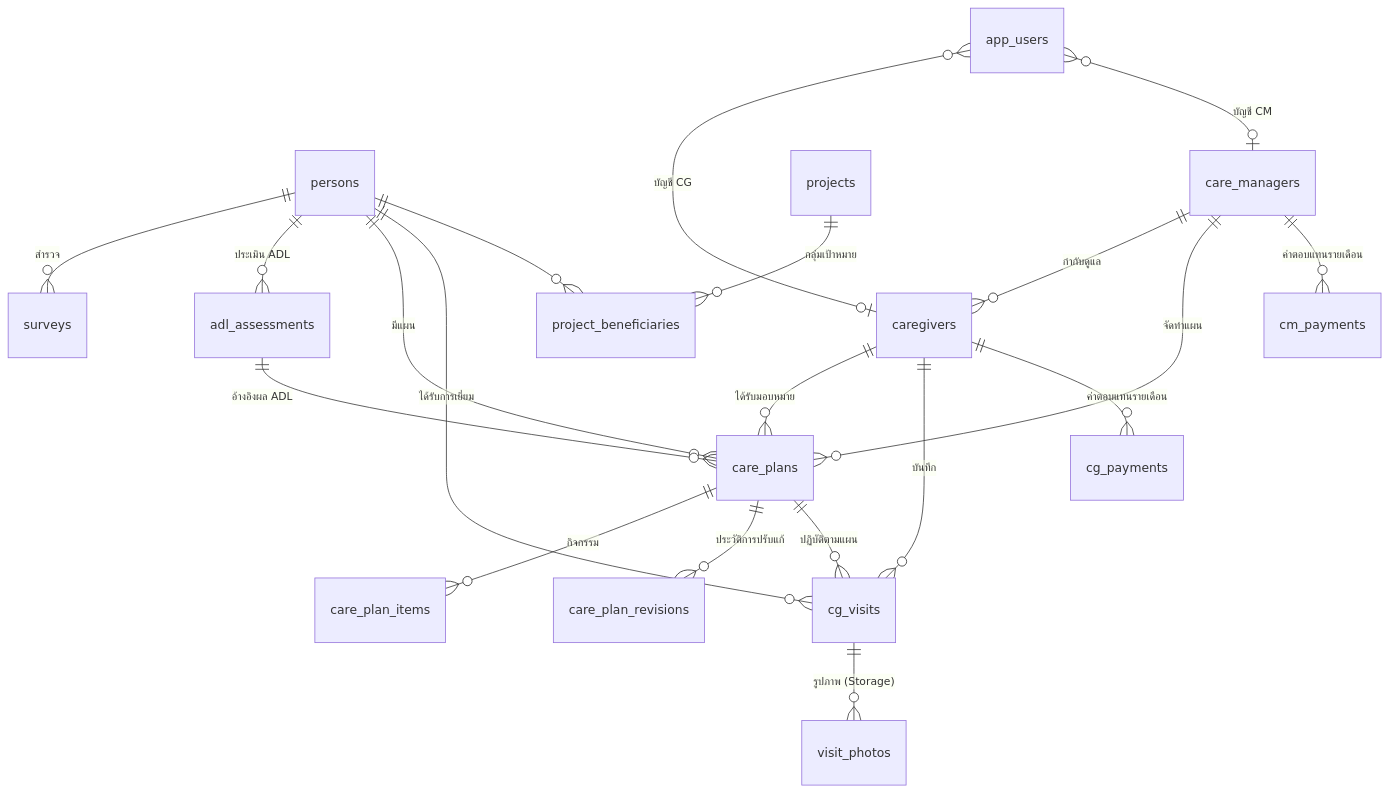
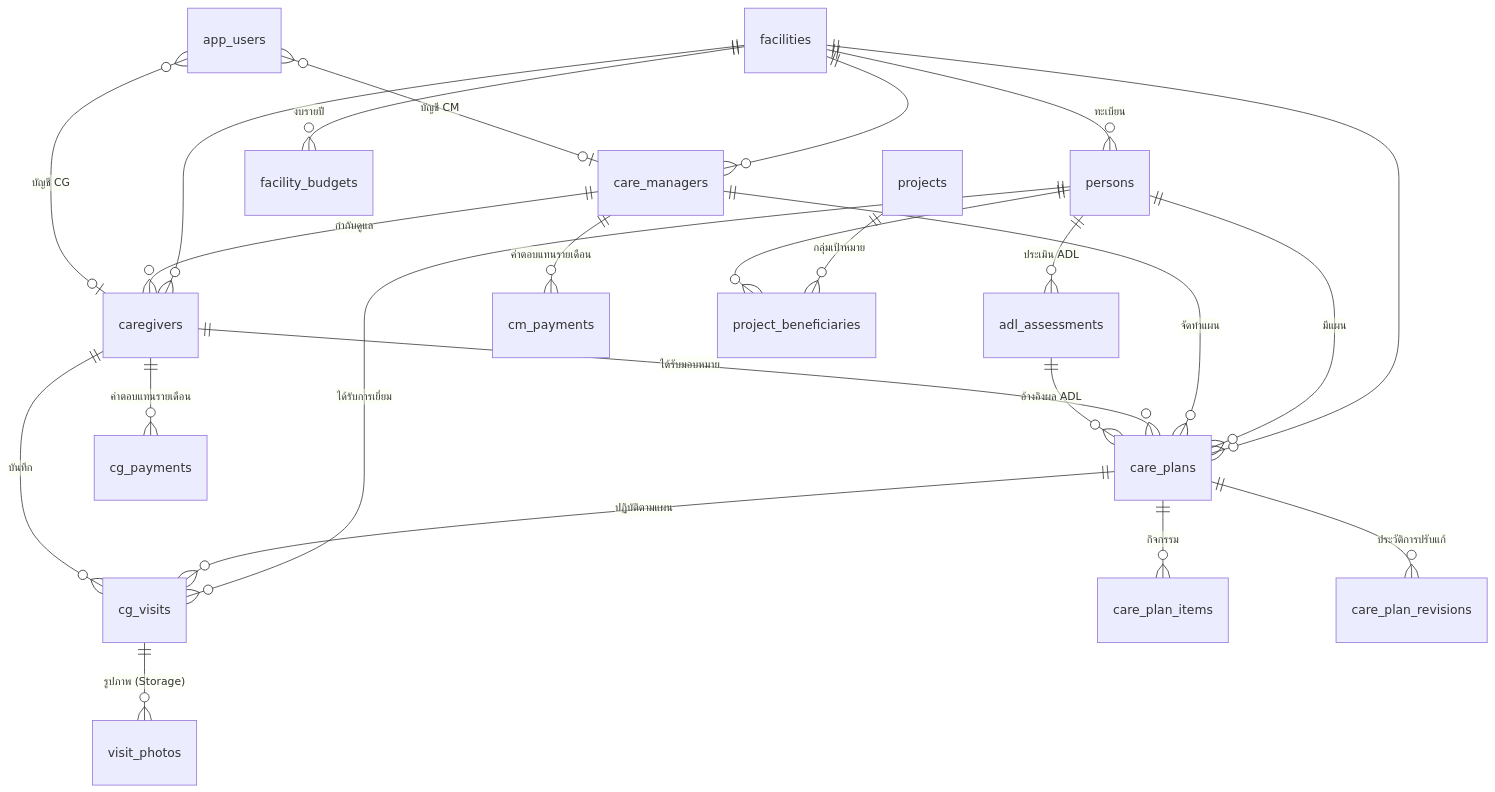
One commit to kankanhapan-stack/Finance-app changed the diagram in elderly-care-ltc/docs/data-model.md. Above: the diagram before and after it, drawn with Mermaid. The commit also changed other lines of this file and 8 other files, not shown here.

````diff
--- a/elderly-care-ltc/docs/data-model.md
+++ b/elderly-care-ltc/docs/data-model.md
@@ -3,22 +3,26 @@
 ```mermaid
 erDiagram
-  persons ||--o{ surveys : "สำรวจ"
+  facilities ||--o{ persons : "ทะเบียน"
+  facilities ||--o{ caregivers : ""
+  facilities ||--o{ care_managers : ""
+  facilities ||--o{ care_plans : ""
+  facilities ||--o{ facility_budgets : "งบรายปี"
   persons ||--o{ adl_assessments : "ประเมิน ADL"
   persons ||--o{ care_plans : "มีแผน"
   persons ||--o{ cg_visits : "ได้รับการเยี่ยม"
   care_managers ||--o{ caregivers : "กำกับดูแล"
   care_managers ||--o{ care_plans : "จัดทำแผน"
   caregivers ||--o{ care_plans : "ได้รับมอบหมาย"
   adl_assessments ||--o{ care_plans : "อ้างอิงผล ADL"
   care_plans ||--o{ care_plan_items : "กิจกรรม"
   care_plans ||--o{ care_plan_revisions : "ประวัติการปรับแก้"
   care_plans ||--o{ cg_visits : "ปฏิบัติตามแผน"
   caregivers ||--o{ cg_visits : "บันทึก"
   cg_visits ||--o{ visit_photos : "รูปภาพ (Storage)"
   caregivers ||--o{ cg_payments : "ค่าตอบแทนรายเดือน"
   care_managers ||--o{ cm_payments : "ค่าตอบแทนรายเดือน"
   projects ||--o{ project_beneficiaries : "กลุ่มเป้าหมาย"
   persons ||--o{ project_beneficiaries : ""
   app_users }o--o| caregivers : "บัญชี CG"
   app_users }o--o| care_managers : "บัญชี CM"
 ```
````
